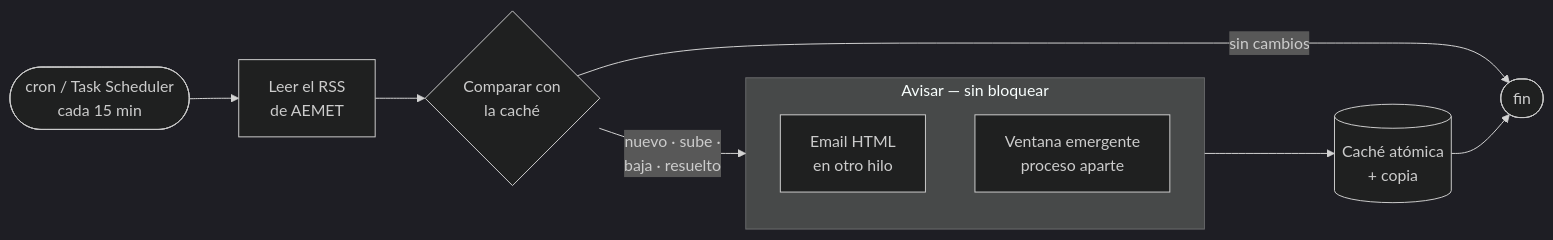
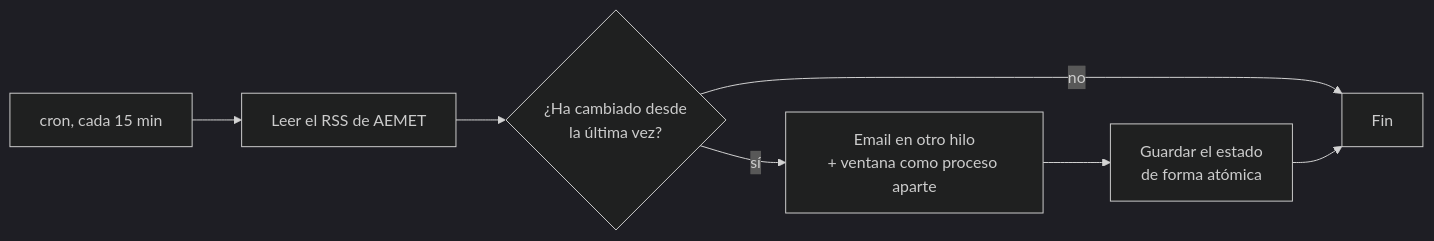
Before and after one commit to adrianboza2/script-aemet-python: the diagram in README.es.md, drawn with Mermaid (dark theme). The commit also changed other lines of this file and 1 other file, not shown here.

````diff
--- a/README.es.md
+++ b/README.es.md
@@ -39,13 +17,9 @@
 ```mermaid
 flowchart LR
-    cron([cron / Task Scheduler<br/>cada 15 min]) --> fetch[Leer el RSS<br/>de AEMET]
-    fetch --> diff{Comparar con<br/>la caché}
-    diff -->|nuevo · sube ·<br/>baja · resuelto| notify
-    diff -->|sin cambios| done([fin])
-    subgraph notify[Avisar — sin bloquear]
-        mail[Email HTML<br/>en otro hilo]
-        pop[Ventana emergente<br/>proceso aparte]
-    end
-    notify --> cache[(Caché atómica<br/>+ copia)]
-    cache --> done
+    A[cron, cada 15 min] --> B[Leer el RSS de AEMET]
+    B --> C{¿Ha cambiado desde<br/>la última vez?}
+    C -- no --> F[Fin]
+    C -- sí --> D[Email en otro hilo<br/>+ ventana como proceso aparte]
+    D --> E[Guardar el estado<br/>de forma atómica]
+    E --> F
 ```
````
